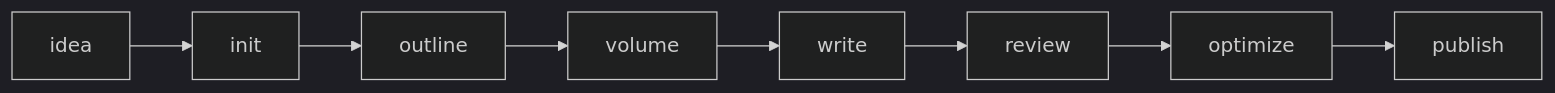
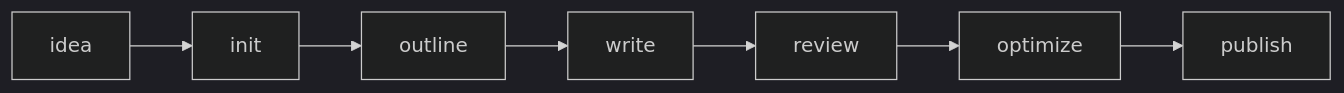
Before and after one commit to Tooooommy/novel-flow: the second of 2 diagrams in .trae/skills/nf-novel-flow/SKILL.md, drawn with Mermaid (dark theme). The commit also changed other lines of this file and 1 other file, not shown here.

Commit message:
优化: 去掉volume命令,系统架构图改为mermaid

````diff
--- a/.trae/skills/nf-novel-flow/SKILL.md
+++ b/.trae/skills/nf-novel-flow/SKILL.md
@@ -120,4 +130,4 @@
 ```mermaid
 flowchart LR
-    A[idea] --> B[init] --> C[outline] --> D[volume] --> E[write] --> F[review] --> G[optimize] --> H[publish]
+    A[idea] --> B[init] --> C[outline] --> D[write] --> E[review] --> F[optimize] --> G[publish]
 ```
````
